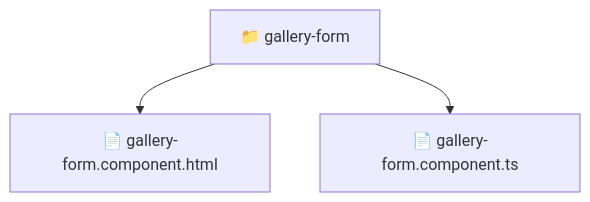
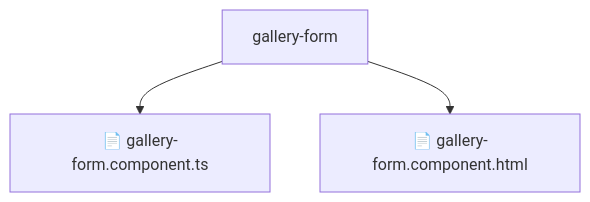
The diagram in frontend/src/pages/gallery/ui/gallery-form/README.md (beginwebdev2002/fullstack-mavluda), drawn with Mermaid before and after one commit. The commit also changed other lines of this file and 155 other files, not shown here.

````diff
--- a/frontend/src/pages/gallery/ui/gallery-form/README.md
+++ b/frontend/src/pages/gallery/ui/gallery-form/README.md
@@ -10,6 +14,6 @@
 ```mermaid
 graph TD
-  Root["📁 gallery-form"]
-  Root --> galleryformcomponenthtml["📄 gallery-form.component.html"]
-  Root --> galleryformcomponentts["📄 gallery-form.component.ts"]
+    Root[gallery-form]
+    Root --> F0[📄 gallery-form.component.ts]
+    Root --> F1[📄 gallery-form.component.html]
 ```
````
